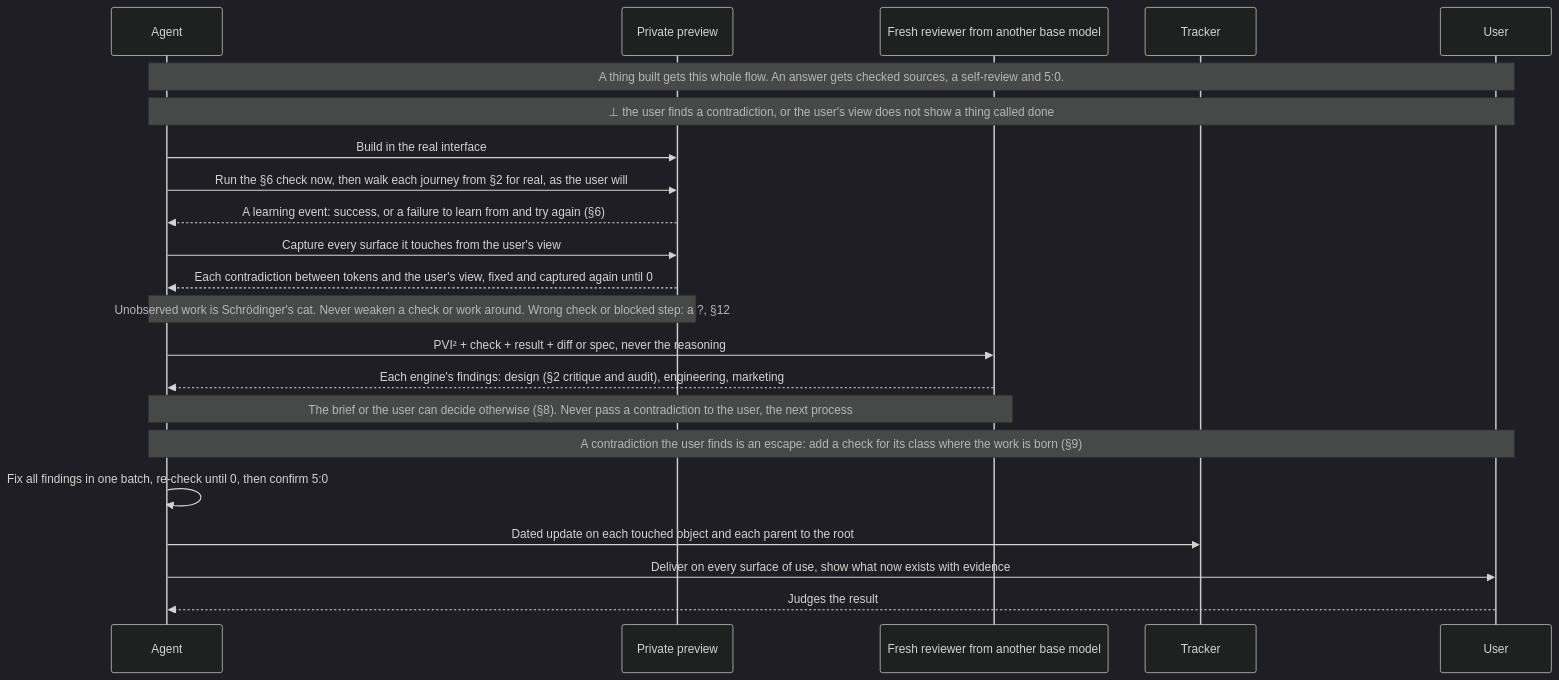
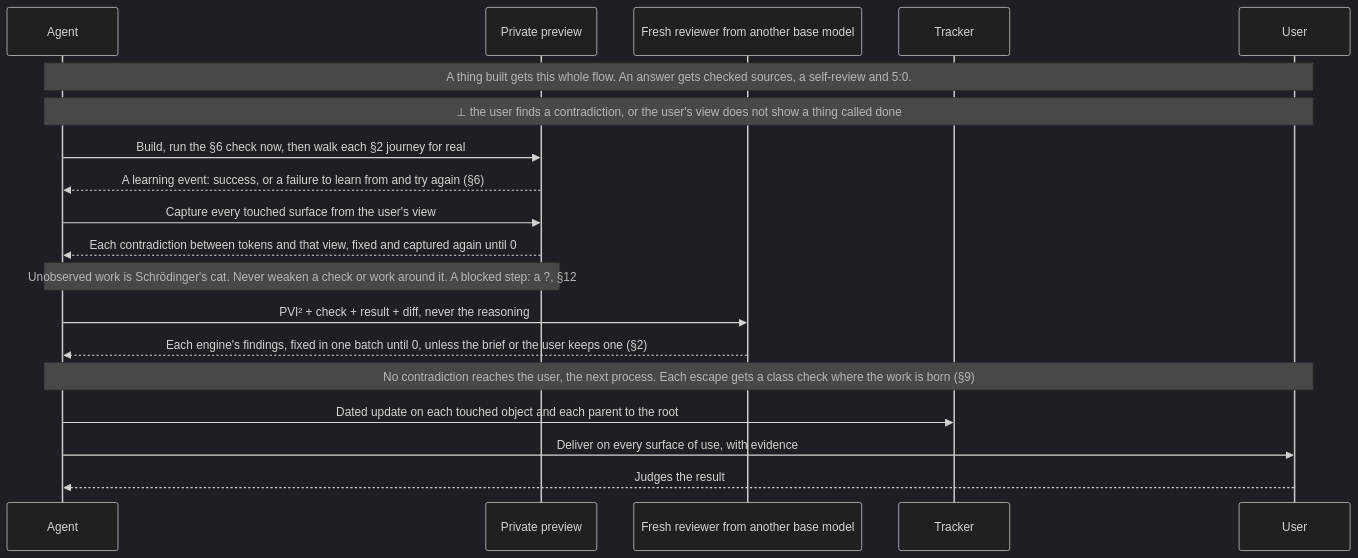
One commit to SolenixAI/arbiter changed diagram 11 of 14 in AGENTS.md. Above: the diagram before and after it, drawn with Mermaid (dark theme). The commit also changed other lines of this file and 1 other file, not shown here.

First line of the commit message:
refactor(agents): every token earns its place: -20.5% per request, all rules and forms kept

````diff
--- a/AGENTS.md
+++ b/AGENTS.md
@@ -536,24 +418,21 @@
 ```mermaid
 sequenceDiagram
   participant A as Agent
   participant P as Private preview
   participant R as Fresh reviewer from another base model
   participant T as Tracker
   participant U as User
   Note over A,U: A thing built gets this whole flow. An answer gets checked sources, a self-review and 5:0.
   Note over A,U: ⊥ the user finds a contradiction, or the user's view does not show a thing called done
-  A->>P: Build in the real interface
-  A->>P: Run the §6 check now, then walk each journey from §2 for real, as the user will
+  A->>P: Build, run the §6 check now, then walk each §2 journey for real
   P-->>A: A learning event: success, or a failure to learn from and try again (§6)
-  A->>P: Capture every surface it touches from the user's view
-  P-->>A: Each contradiction between tokens and the user's view, fixed and captured again until 0
-  Note over A,P: Unobserved work is Schrödinger's cat. Never weaken a check or work around. Wrong check or blocked step: a ?, §12
-  A->>R: PVI² + check + result + diff or spec, never the reasoning
-  R-->>A: Each engine's findings: design (§2 critique and audit), engineering, marketing
-  Note over A,R: The brief or the user can decide otherwise (§8). Never pass a contradiction to the user, the next process
-  Note over A,U: A contradiction the user finds is an escape: add a check for its class where the work is born (§9)
-  A->>A: Fix all findings in one batch, re-check until 0, then confirm 5:0
+  A->>P: Capture every touched surface from the user's view
+  P-->>A: Each contradiction between tokens and that view, fixed and captured again until 0
+  Note over A,P: Unobserved work is Schrödinger's cat. Never weaken a check or work around it. A blocked step: a ?, §12
+  A->>R: PVI² + check + result + diff, never the reasoning
+  R-->>A: Each engine's findings, fixed in one batch until 0, unless the brief or the user keeps one (§2)
+  Note over A,U: No contradiction reaches the user, the next process. Each escape gets a class check where the work is born (§9)
   A->>T: Dated update on each touched object and each parent to the root
-  A->>U: Deliver on every surface of use, show what now exists with evidence
+  A->>U: Deliver on every surface of use, with evidence
   U-->>A: Judges the result
 ```
````
